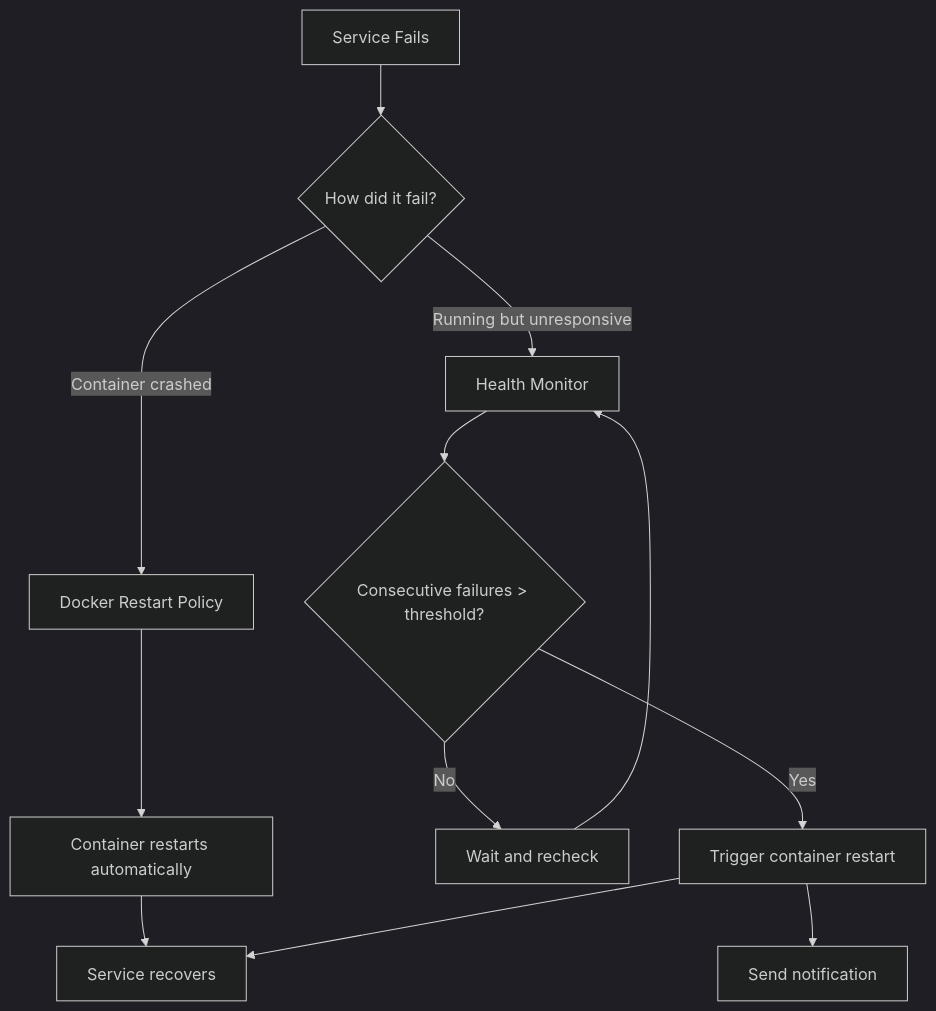
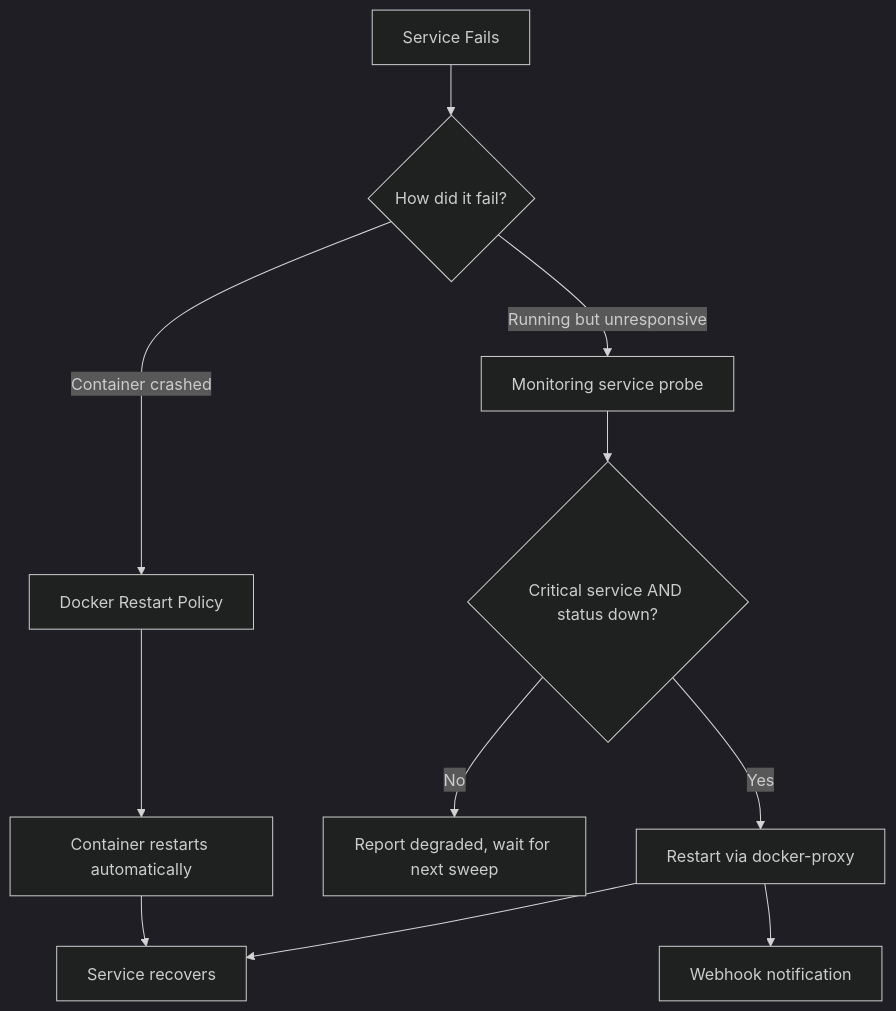
Before and after one commit to Techies-Africa/mailyte-mail-server-community: the diagram in docs/monitoring/auto-healing.md, drawn with Mermaid (dark theme). The commit also changed other lines of this file and 481 other files, not shown here.

````diff
--- a/docs/monitoring/auto-healing.md
+++ b/docs/monitoring/auto-healing.md
@@ -12,14 +12,13 @@
 ```mermaid
 graph TD
     A[Service Fails] --> B{How did it fail?}
     B -->|Container crashed| C[Docker Restart Policy]
-    B -->|Running but unresponsive| D[Health Monitor]
+    B -->|Running but unresponsive| D[Monitoring service probe]
     C --> E[Container restarts automatically]
-    D --> F{Consecutive failures > threshold?}
-    F -->|No| G[Wait and recheck]
-    F -->|Yes| H[Trigger container restart]
-    H --> I[Send notification]
+    D --> F{Critical service AND status down?}
+    F -->|No| G[Report degraded, wait for next sweep]
+    F -->|Yes| H[Restart via docker-proxy]
+    H --> I[Webhook notification]
     E --> J[Service recovers]
     H --> J
-    G --> D
 ```
````
